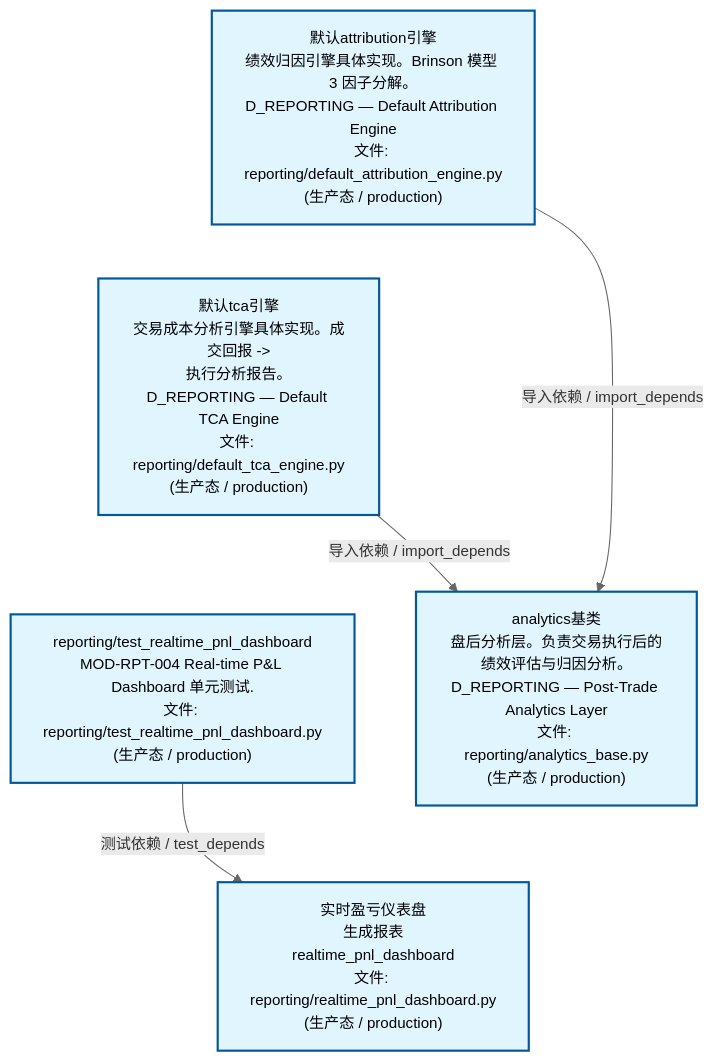
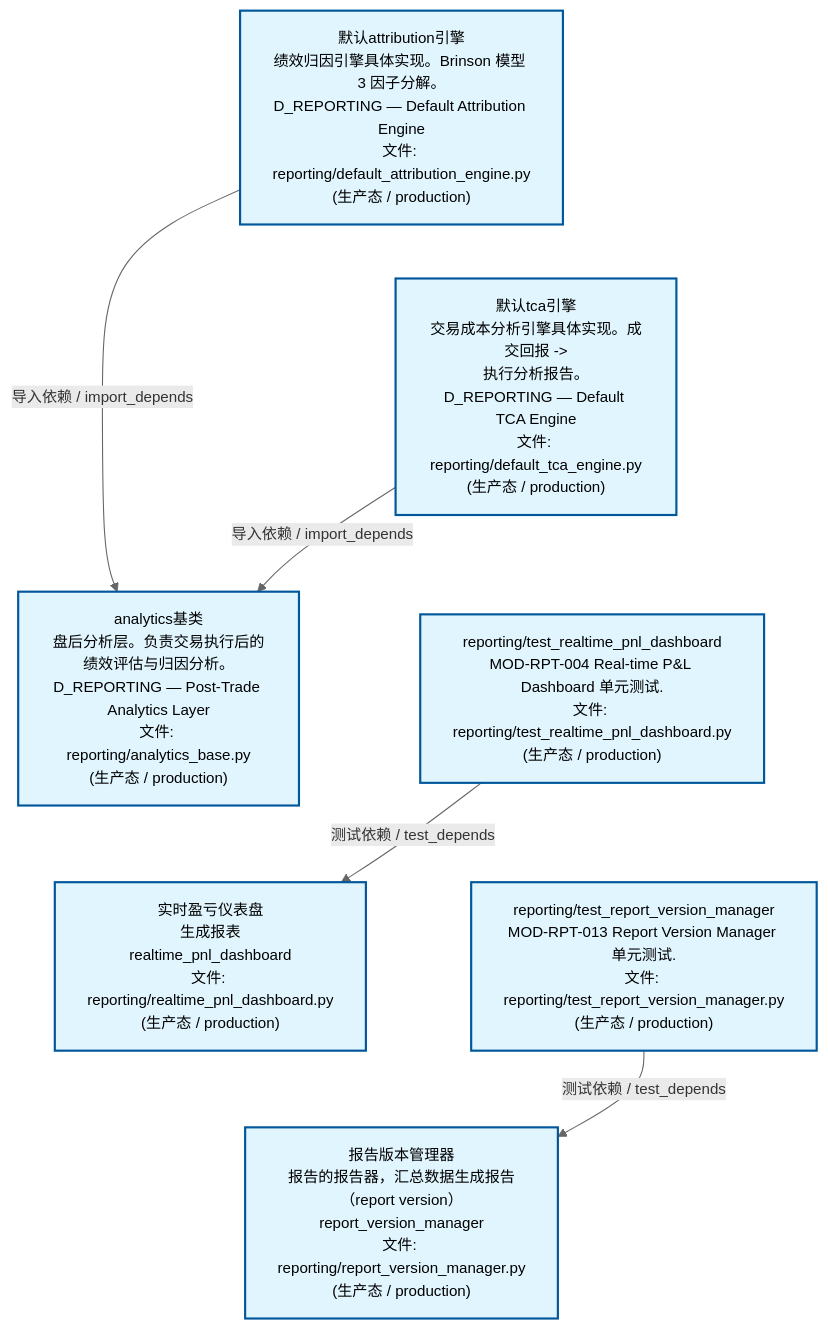
The second of 4 diagrams in docs/02_enterprise_architecture/02_domain_architecture_docs/26_d_reporting.md (xuanFelixVan/ZephyrAlpha), drawn with Mermaid before and after one commit. The commit also changed other lines of this file and 44 other files, not shown here.

````diff
--- a/docs/02_enterprise_architecture/02_domain_architecture_docs/26_d_reporting.md
+++ b/docs/02_enterprise_architecture/02_domain_architecture_docs/26_d_reporting.md
@@ -129,20 +134,25 @@
 ```mermaid
 %%{init: {'theme': 'base', 'themeVariables': {'primaryColor': '#eaeaea', 'primaryTextColor': '#333333', 'primaryBorderColor': '#666666', 'lineColor': '#666666', 'secondaryColor': '#eaeaea', 'tertiaryColor': '#eaeaea', 'fontSize': '14px'}}}%%
 flowchart TD
     src_zephyr_reporting_default_attribution_engine_py["默认attribution引擎<br/>绩效归因引擎具体实现。Brinson 模型 3 因子分解。<br/>D_REPORTING — Default Attribution Engine<br/>文件: reporting/default_attribution_engine.py<br/>(生产态 / production)"]
     src_zephyr_reporting_default_tca_engine_py["默认tca引擎<br/>交易成本分析引擎具体实现。成交回报 -><br/>执行分析报告。<br/>D_REPORTING — Default TCA Engine<br/>文件: reporting/default_tca_engine.py<br/>(生产态 / production)"]
     tests_reporting_test_realtime_pnl_dashboard_py["reporting/test_realtime_pnl_dashboard<br/>MOD-RPT-004 Real-time P&L Dashboard 单元测试.<br/>文件: reporting/test_realtime_pnl_dashboard.py<br/>(生产态 / production)"]
+    tests_reporting_test_report_version_manager_py["reporting/test_report_version_manager<br/>MOD-RPT-013 Report Version Manager 单元测试.<br/>文件: reporting/test_report_version_manager.py<br/>(生产态 / production)"]
     src_zephyr_reporting_default_attribution_engine_py ~~~ src_zephyr_reporting_default_tca_engine_py
     src_zephyr_reporting_default_tca_engine_py ~~~ tests_reporting_test_realtime_pnl_dashboard_py
+    tests_reporting_test_realtime_pnl_dashboard_py ~~~ tests_reporting_test_report_version_manager_py
     src_zephyr_reporting_analytics_base_py["analytics基类<br/>盘后分析层。负责交易执行后的绩效评估与归因分析。<br/>D_REPORTING — Post-Trade Analytics Layer<br/>文件: reporting/analytics_base.py<br/>(生产态 / production)"]
     src_zephyr_reporting_realtime_pnl_dashboard_py["实时盈亏仪表盘<br/>生成报表<br/>realtime_pnl_dashboard<br/>文件: reporting/realtime_pnl_dashboard.py<br/>(生产态 / production)"]
+    src_zephyr_reporting_report_version_manager_py["报告版本管理器<br/>报告的报告器，汇总数据生成报告（report version）<br/>report_version_manager<br/>文件: reporting/report_version_manager.py<br/>(生产态 / production)"]
     src_zephyr_reporting_analytics_base_py ~~~ src_zephyr_reporting_realtime_pnl_dashboard_py
+    src_zephyr_reporting_realtime_pnl_dashboard_py ~~~ src_zephyr_reporting_report_version_manager_py
+    src_zephyr_reporting_default_attribution_engine_py -->|导入依赖 / import_depends| src_zephyr_reporting_analytics_base_py
     src_zephyr_reporting_default_tca_engine_py -->|导入依赖 / import_depends| src_zephyr_reporting_analytics_base_py
-    src_zephyr_reporting_default_attribution_engine_py -->|导入依赖 / import_depends| src_zephyr_reporting_analytics_base_py
     tests_reporting_test_realtime_pnl_dashboard_py -->|测试依赖 / test_depends| src_zephyr_reporting_realtime_pnl_dashboard_py
+    tests_reporting_test_report_version_manager_py -->|测试依赖 / test_depends| src_zephyr_reporting_report_version_manager_py
     classDef production fill:#e1f5fe,stroke:#01579b,stroke-width:2px,color:#000
     classDef design fill:#fff3e0,stroke:#e65100,stroke-width:2px,color:#000,stroke-dasharray: 5 5
     classDef external_prod fill:#e8f4fd,stroke:#0277bd,stroke-width:1px,color:#000
     classDef external_design fill:#fff8e7,stroke:#ef6c00,stroke-width:1px,color:#000,stroke-dasharray: 5 5
-    class src_zephyr_reporting_analytics_base_py,src_zephyr_reporting_default_attribution_engine_py,src_zephyr_reporting_default_tca_engine_py,src_zephyr_reporting_realtime_pnl_dashboard_py,tests_reporting_test_realtime_pnl_dashboard_py production
+    class src_zephyr_reporting_analytics_base_py,src_zephyr_reporting_default_attribution_engine_py,src_zephyr_reporting_default_tca_engine_py,src_zephyr_reporting_realtime_pnl_dashboard_py,src_zephyr_reporting_report_version_manager_py,tests_reporting_test_realtime_pnl_dashboard_py,tests_reporting_test_report_version_manager_py production
 ```
````
